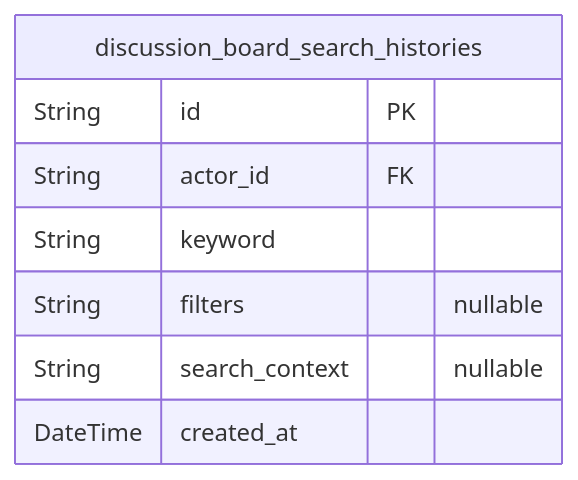
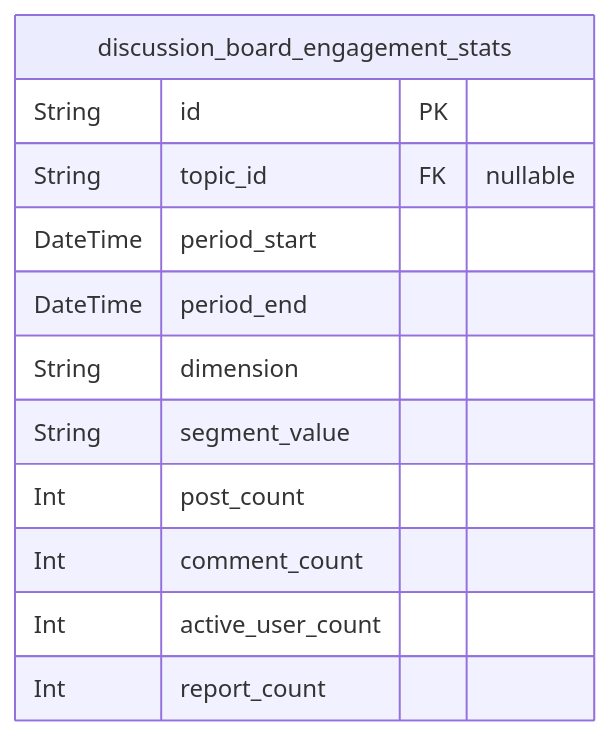
One commit to wrtnlabs/autobe-example-bbs-openai-gpt-4.1 changed the eighth of 8 diagrams in docs/ERD.md. Above: the diagram before and after it, drawn with Mermaid. The commit also changed other lines of this file and 1035 other files, not shown here.

````diff
--- a/docs/ERD.md
+++ b/docs/ERD.md
@@ -617,11 +667,15 @@
 ```mermaid
 erDiagram
-"discussion_board_search_histories" {
+"discussion_board_engagement_stats" {
   String id PK
-  String actor_id FK
-  String keyword
-  String filters "nullable"
-  String search_context "nullable"
-  DateTime created_at
+  String topic_id FK "nullable"
+  DateTime period_start
+  DateTime period_end
+  String dimension
+  String segment_value
+  Int post_count
+  Int comment_count
+  Int active_user_count
+  Int report_count
 }
 ```
````
